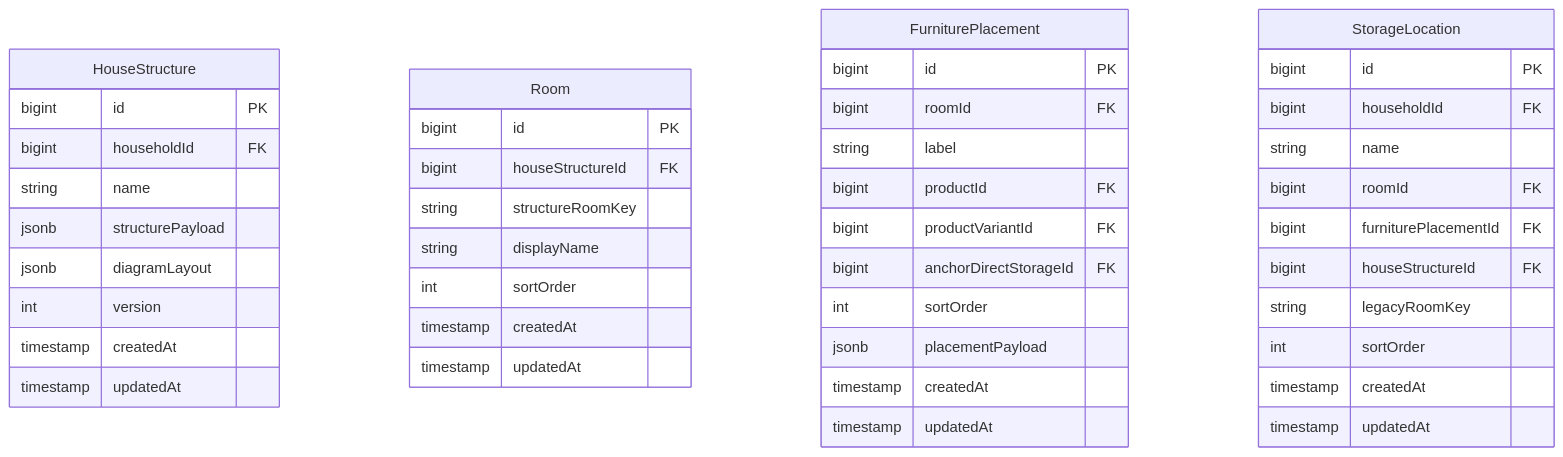
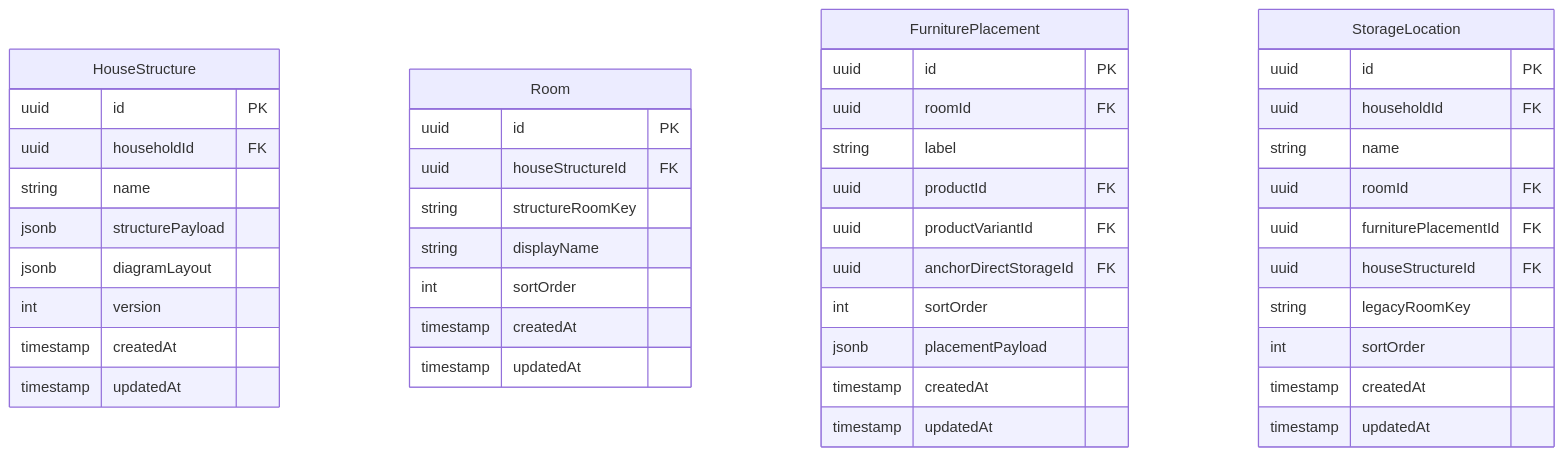
The third of 7 diagrams in docs/design/v2/entity-logical-design.md (wukdddang/home-inventory-manager), drawn with Mermaid before and after one commit. The commit also changed other lines of this file and 2 other files, not shown here.

First line of the commit message:
docs: 논리적 설계 PK/FK bigint→uuid 일괄 수정 및 인프라 문서 갱신

````diff
--- a/docs/design/v2/entity-logical-design.md
+++ b/docs/design/v2/entity-logical-design.md
@@ -159,46 +159,46 @@
 ```mermaid
 erDiagram
     HouseStructure {
-        bigint id PK
-        bigint householdId FK
+        uuid id PK
+        uuid householdId FK
         string name
         jsonb structurePayload
         jsonb diagramLayout
         int version
         timestamp createdAt
         timestamp updatedAt
     }
     Room {
-        bigint id PK
-        bigint houseStructureId FK
+        uuid id PK
+        uuid houseStructureId FK
         string structureRoomKey
         string displayName
         int sortOrder
         timestamp createdAt
         timestamp updatedAt
     }
     FurniturePlacement {
-        bigint id PK
-        bigint roomId FK
+        uuid id PK
+        uuid roomId FK
         string label
-        bigint productId FK
-        bigint productVariantId FK
-        bigint anchorDirectStorageId FK
+        uuid productId FK
+        uuid productVariantId FK
+        uuid anchorDirectStorageId FK
         int sortOrder
         jsonb placementPayload
         timestamp createdAt
         timestamp updatedAt
     }
     StorageLocation {
-        bigint id PK
-        bigint householdId FK
+        uuid id PK
+        uuid householdId FK
         string name
-        bigint roomId FK
-        bigint furniturePlacementId FK
-        bigint houseStructureId FK
+        uuid roomId FK
+        uuid furniturePlacementId FK
+        uuid houseStructureId FK
         string legacyRoomKey
         int sortOrder
         timestamp createdAt
         timestamp updatedAt
     }
 ```
````
